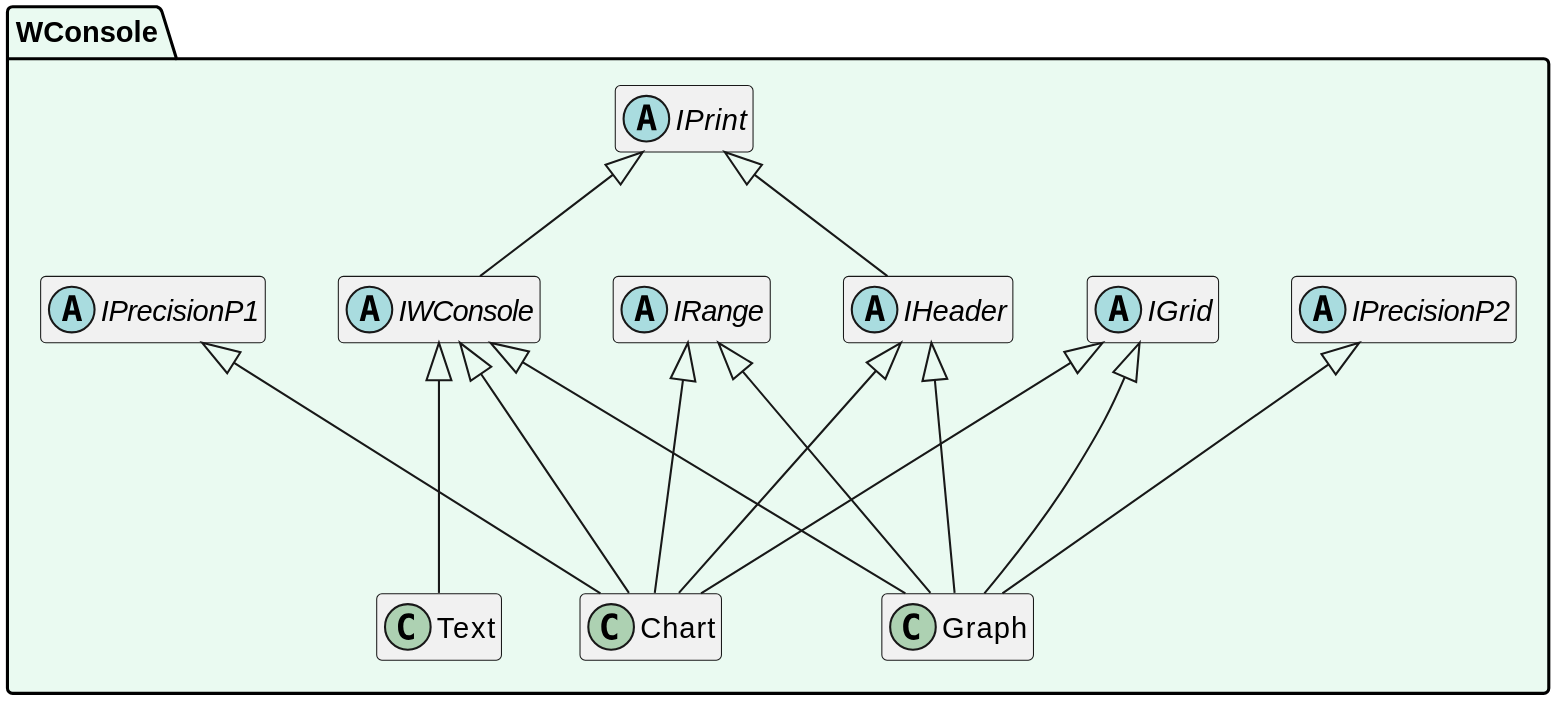
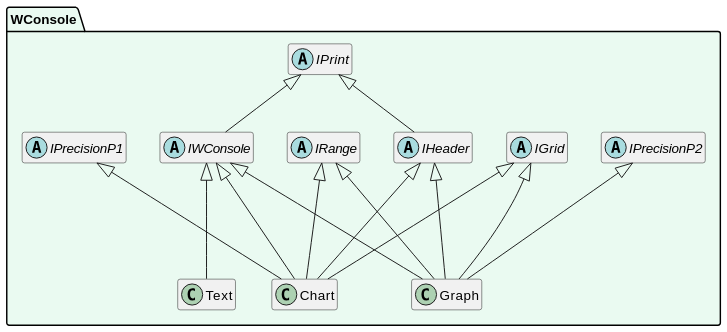
One commit to SergioStopkin/WideConsole changed the diagram in doc/UMLClass.md. Above: the diagram before and after it, drawn with PlantUML. The commit also changed 1 other file, not shown here.

Commit message:
Test some styles

````diff
--- a/doc/UMLClass.md
+++ b/doc/UMLClass.md
@@ -1,42 +1,42 @@
 ```plantuml
 @startuml
 
-scale 1920 width
-scale 1080 height
+scale 800 width
+scale 500  height
 
 hide empty members
 
 namespace WConsole #EAFAF1 {
 
 abstract class IGrid
 abstract class IHeader
 abstract class IPrecisionP1
 abstract class IPrecisionP2
 abstract class IPrint
 abstract class IRange
 abstract class IWConsole
 class Chart
 class Graph
 class Text
 
 IPrint <|-- IHeader
 IPrint <|-- IWConsole
 
 IWConsole    <|--- Chart
 IHeader      <|--- Chart
 IPrecisionP1 <|---  Chart
 IRange       <|---  Chart
 IGrid        <|---  Chart
 
 IWConsole    <|--- Graph
 IHeader      <|--- Graph
 IPrecisionP2 <|---  Graph
 IRange       <|---  Graph
 IGrid        <|---  Graph
 
 IWConsole <|--- Text
 
 }
 
 @enduml
 ```
````
